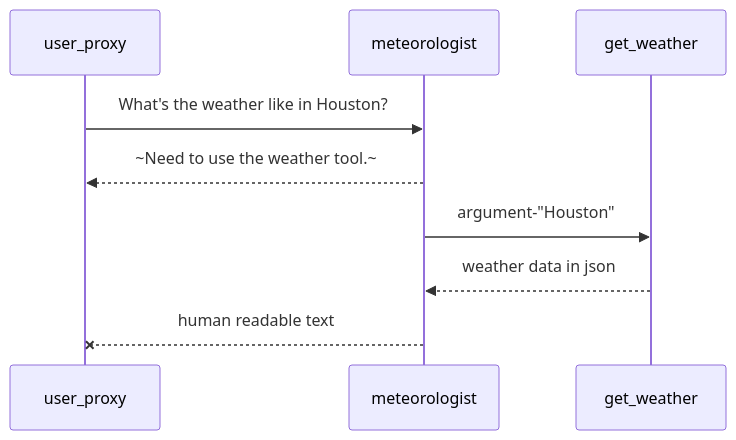
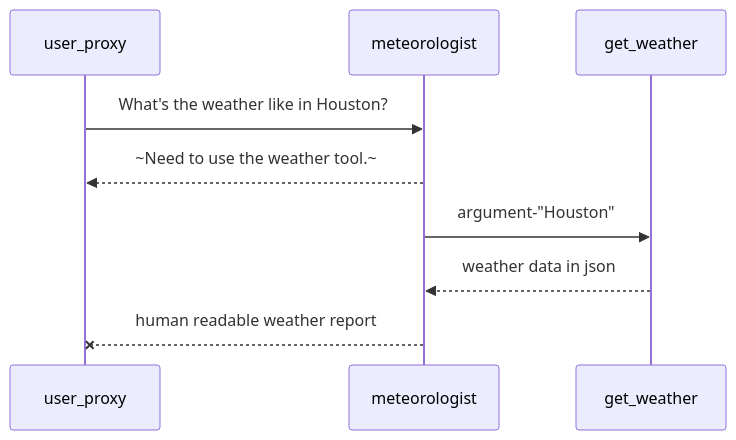
One commit to jaredlang/autogen-agents changed the diagram in 5a.weather-report/observation.md. Above: the diagram before and after it, drawn with Mermaid. The commit also changed other lines of this file, not shown here.

Commit message:
minor changes on weather report

````diff
--- a/5a.weather-report/observation.md
+++ b/5a.weather-report/observation.md
@@ -21,8 +21,8 @@
 ```mermaid
 sequenceDiagram
 user_proxy ->> meteorologist: What's the weather like in Houston?
 meteorologist -->> user_proxy: ~Need to use the weather tool.~
 meteorologist ->> get_weather: argument-"Houston"
 get_weather -->> meteorologist: weather data in json
-meteorologist --x user_proxy: human readable text
+meteorologist --x user_proxy: human readable weather report
 ```
````
